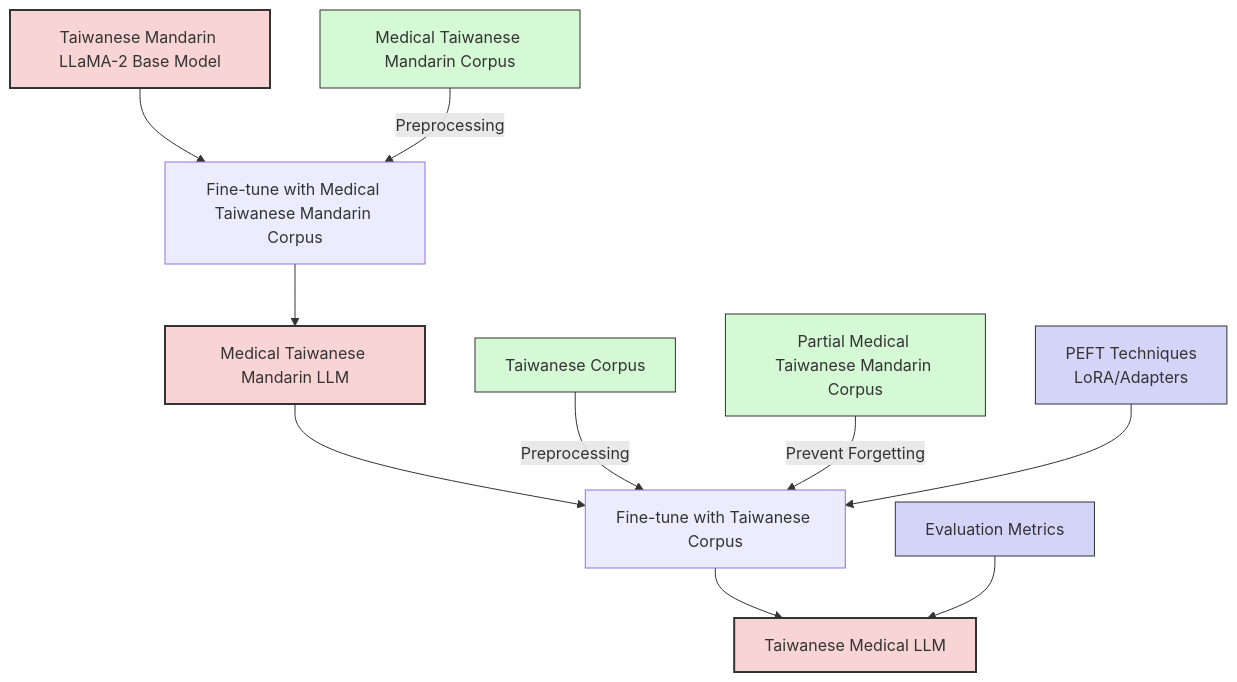
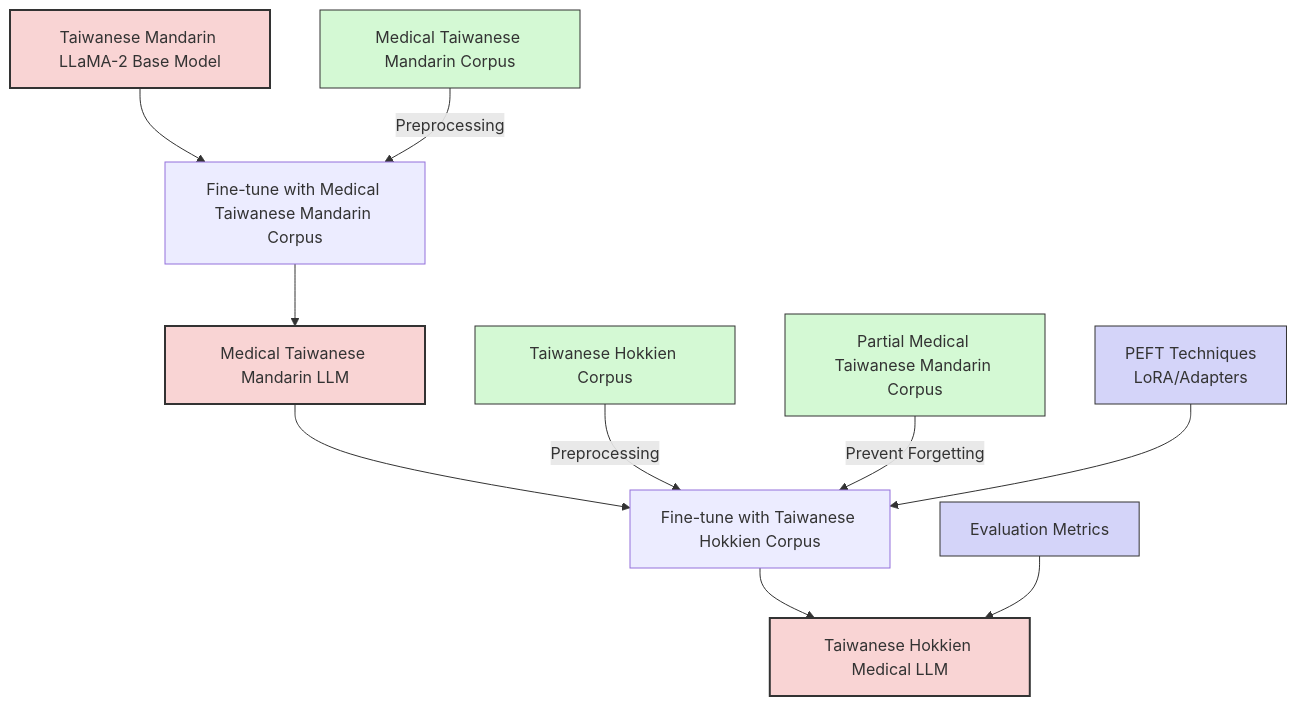
The first of 4 diagrams in README.md (iridiumtao/Fine-Tuning-Taiwanese-Hokkien-LLM-for-Medical-Advising), drawn with Mermaid before and after one commit. The commit also changed other lines of this file, not shown here.

Commit message:
Modified Taiwanese as a language to Taiwanese Hokkien to reduce ambiguity.

````diff
--- a/README.md
+++ b/README.md
@@ -41,25 +41,25 @@
 ```mermaid
 graph TD
     A[Taiwanese Mandarin LLaMA-2 Base Model] --> B[Fine-tune with Medical Taiwanese Mandarin Corpus]
     B --> C[Medical Taiwanese Mandarin LLM]
-    C --> D[Fine-tune with Taiwanese Corpus]
-    D --> E[Taiwanese Medical LLM]
+    C --> D[Fine-tune with Taiwanese Hokkien Corpus]
+    D --> E[Taiwanese Hokkien Medical LLM]
     
     %% Data Preparation Blocks
     F[Medical Taiwanese Mandarin Corpus] --Preprocessing--> B
-    G[Taiwanese Corpus] --Preprocessing--> D
+    G[Taiwanese Hokkien Corpus] --Preprocessing--> D
     H[Partial Medical Taiwanese Mandarin Corpus] --Prevent Forgetting--> D
     
     %% Technical Details
     I[PEFT Techniques\nLoRA/Adapters] --> D
     J[Evaluation Metrics] --> E
     
     %% Styles
     classDef model fill:#f9d4d4,stroke:#333,stroke-width:2px
     classDef data fill:#d4f9d4,stroke:#333,stroke-width:1px
     classDef tech fill:#d4d4f9,stroke:#333,stroke-width:1px
     
     class A,C,E model
     class F,G,H data
     class I,J tech
 ```
````
